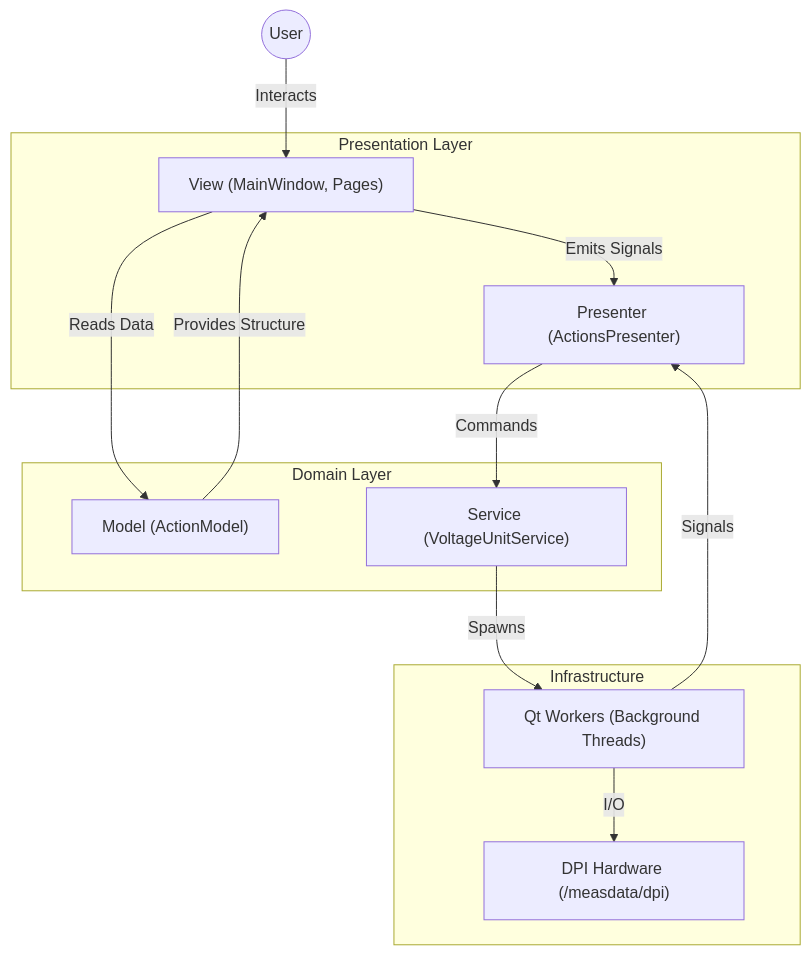
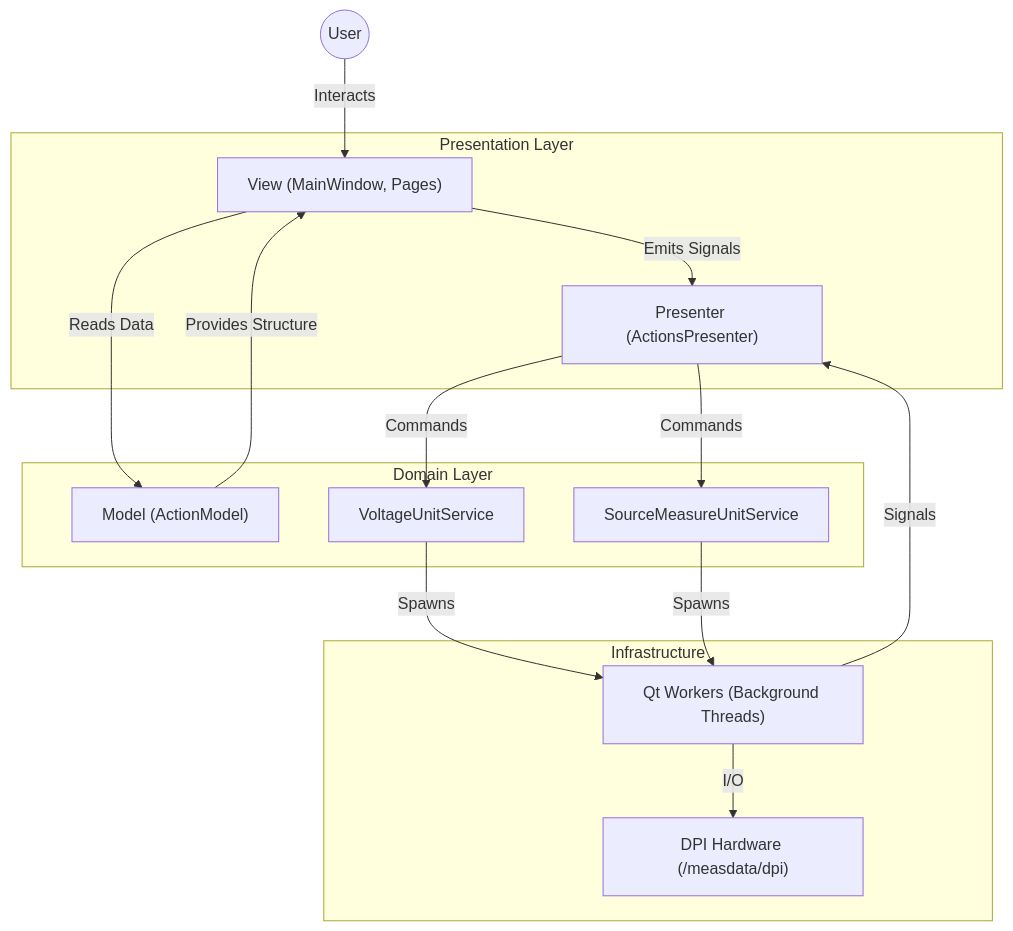
Before and after one commit to Konoszaf1/HardwareGUI: the diagram in README.md, drawn with Mermaid. The commit also changed other lines of this file and 26 other files, not shown here.

````diff
--- a/README.md
+++ b/README.md
@@ -73,26 +74,29 @@
 ```mermaid
 graph TD
     subgraph Presentation_Layer [Presentation Layer]
         View["View (MainWindow, Pages)"]
         Presenter["Presenter (ActionsPresenter)"]
     end
 
     subgraph Domain_Layer [Domain Layer]
         Model["Model (ActionModel)"]
-        Service["Service (VoltageUnitService)"]
+        VUService["VoltageUnitService"]
+        SMUService["SourceMeasureUnitService"]
     end
 
     subgraph Infrastructure [Infrastructure]
         Workers["Qt Workers (Background Threads)"]
         Hardware["DPI Hardware (/measdata/dpi)"]
     end
 
     User((User)) -->|Interacts| View
     View -->|Emits Signals| Presenter
     View -->|Reads Data| Model
-    Presenter -->|Commands| Service
-    Service -->|Spawns| Workers
+    Presenter -->|Commands| VUService
+    Presenter -->|Commands| SMUService
+    VUService -->|Spawns| Workers
+    SMUService -->|Spawns| Workers
     Workers -->|I/O| Hardware
     Workers -->|Signals| Presenter
     Model -->|Provides Structure| View
 ```
````
